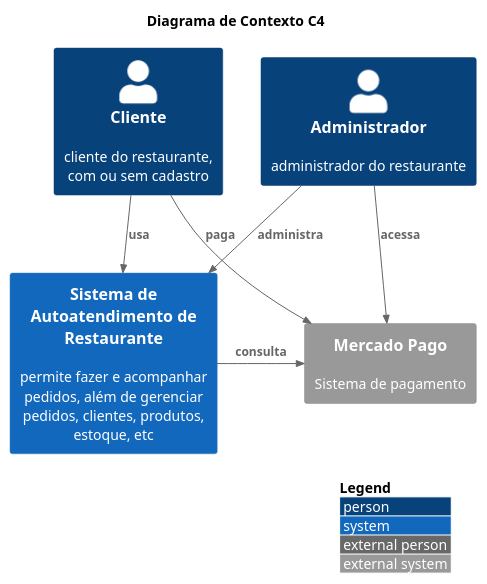
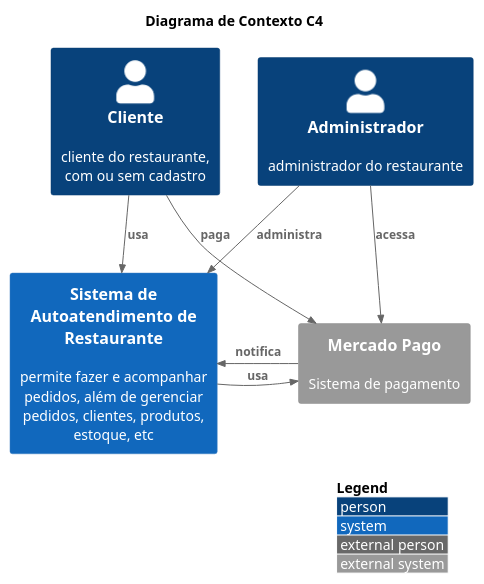
Before and after one commit to FIAP-3SOAT-G15/tech-challenge: the diagram in docs/puml/context.puml, drawn with PlantUML. The commit also changed 15 other files, not shown here.

```diff
--- a/docs/puml/context.puml
+++ b/docs/puml/context.puml
@@ -1,20 +1,21 @@
 @startuml
 !include https://raw.githubusercontent.com/plantuml-stdlib/C4-PlantUML/master/C4_Context.puml
 
 LAYOUT_WITH_LEGEND()
 
 title Diagrama de Contexto C4
 
 Person(customer, "Cliente", "cliente do restaurante,\ncom ou sem cadastro")
 Person(admin, "Administrador", "administrador do restaurante")
 System(system, "Sistema de Autoatendimento de Restaurante", "permite fazer e acompanhar pedidos, além de gerenciar pedidos, clientes, produtos, estoque, etc")
 
 System_Ext(payment_system, "Mercado Pago", "Sistema de pagamento")
 
 Rel(customer, system, "usa")
 Rel(customer, payment_system, "paga")
 Rel(admin, system, "administra")
 Rel(admin, payment_system, "acessa")
-Rel_Neighbor(system, payment_system, "consulta")
+Rel_Neighbor(system, payment_system, "usa")
+Rel_Neighbor(payment_system, system, "notifica")
 
 @enduml
```
